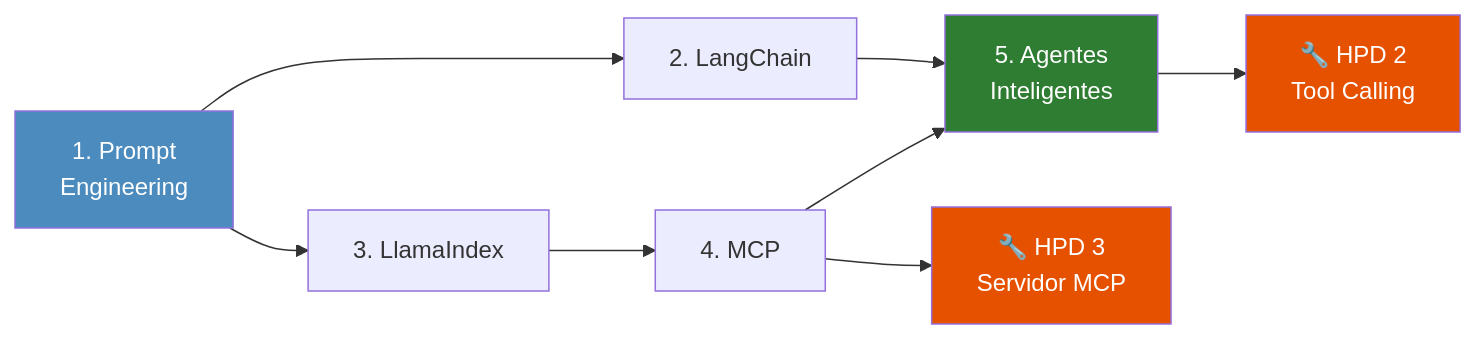
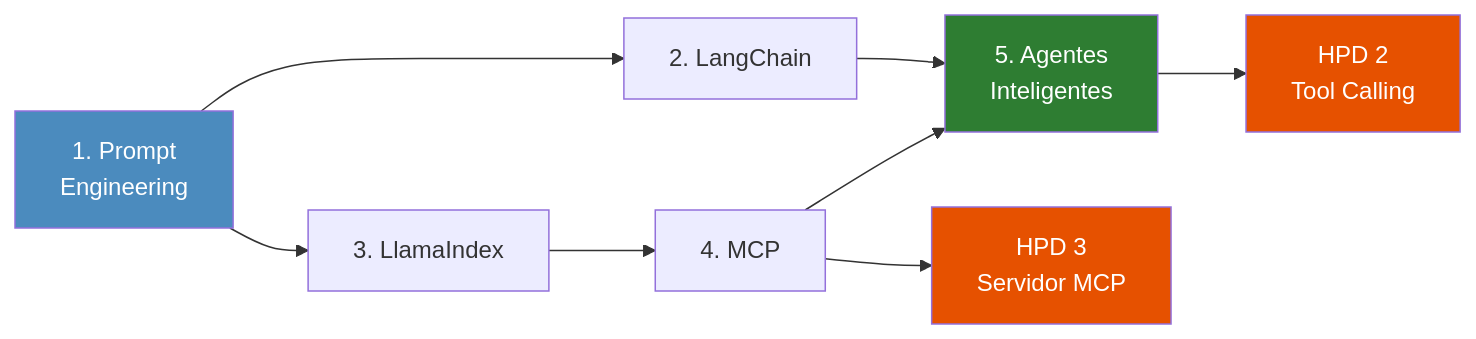
Before and after one commit to Adamychen/m10_quarto: the second of 2 diagrams in bloque2/02-orquestacion.qmd, drawn with Mermaid. The commit also changed 34 other files, not shown here.

````diff
--- a/bloque2/02-orquestacion.qmd
+++ b/bloque2/02-orquestacion.qmd
@@ -58,15 +58,15 @@
 ```{mermaid}
 graph LR
     A["1. Prompt<br/>Engineering"] --> B["2. LangChain"]
     A --> C["3. LlamaIndex"]
     C --> D["4. MCP"]
     B --> E["5. Agentes<br/>Inteligentes"]
     D --> E
-    E --> F["🔧 HPD 2<br/>Tool Calling"]
-    D --> G["🔧 HPD 3<br/>Servidor MCP"]
+    E --> F["HPD 2<br/>Tool Calling"]
+    D --> G["HPD 3<br/>Servidor MCP"]
     
     style A fill:#4B8BBE,color:#fff
     style E fill:#2e7d32,color:#fff
     style F fill:#e65100,color:#fff
     style G fill:#e65100,color:#fff
 ```
````
